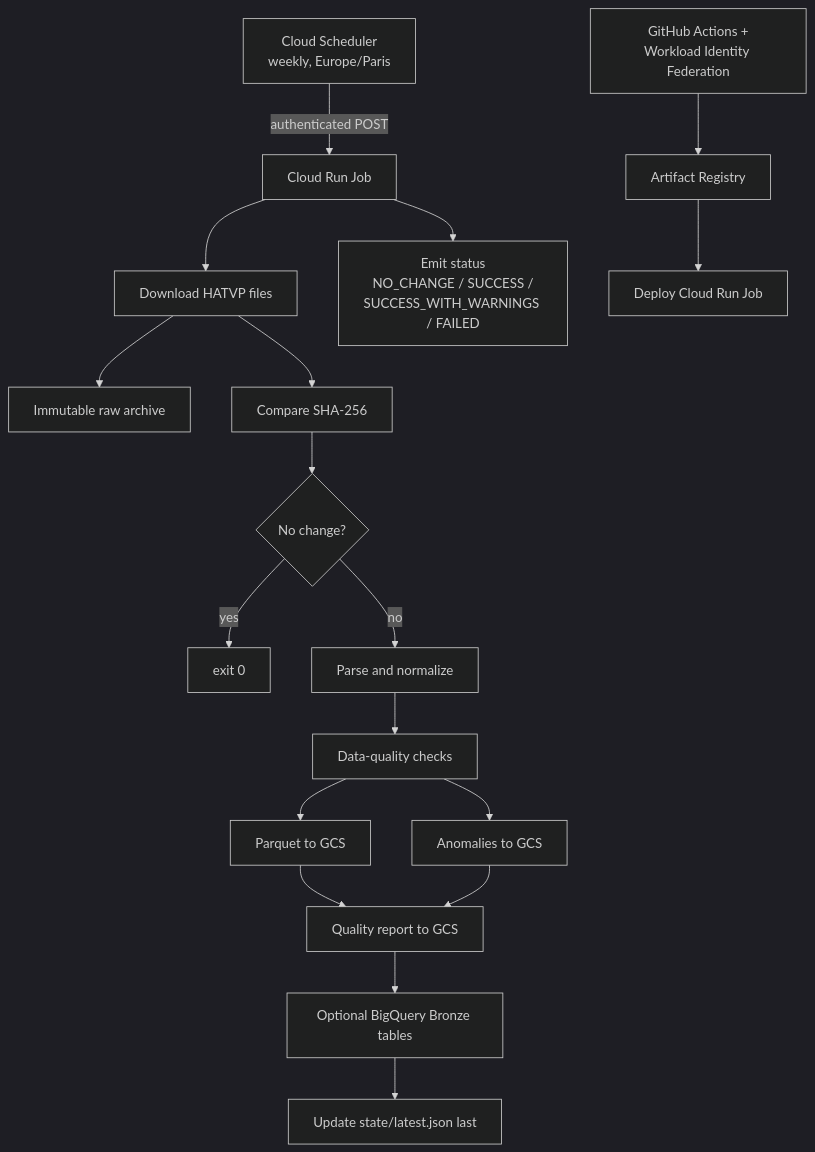
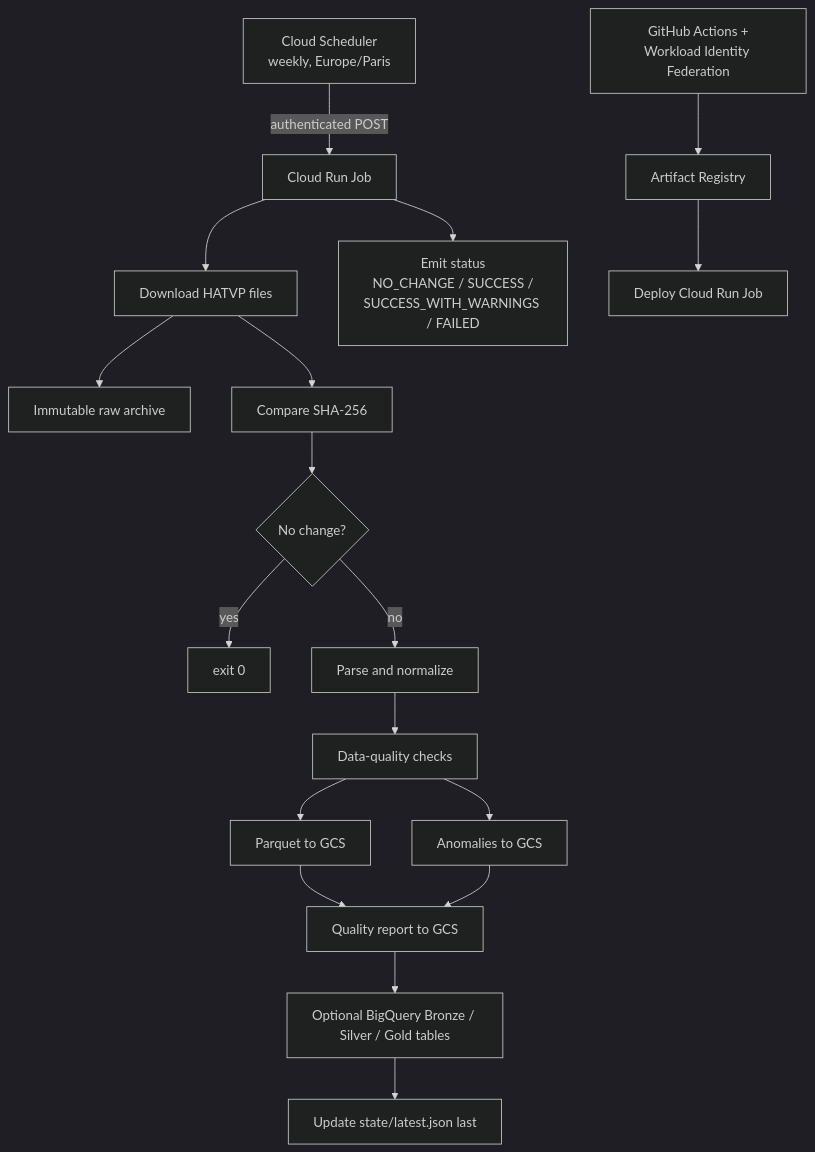
The diagram in README.md (louispaulet/YAHATVP), drawn with Mermaid (dark theme) before and after one commit. The commit also changed other lines of this file and 16 other files, not shown here.

Commit message:
Complete Silver Gold anomaly pipeline

````diff
--- a/README.md
+++ b/README.md
@@ -27,38 +27,38 @@
 ```mermaid
 flowchart TB
     scheduler["Cloud Scheduler<br/>weekly, Europe/Paris"]
     job["Cloud Run Job"]
     download["Download HATVP files"]
     raw["Immutable raw archive"]
     hashes["Compare SHA-256"]
     unchanged{"No change?"}
     exit["exit 0"]
     parse["Parse and normalize"]
     quality["Data-quality checks"]
     parquet["Parquet to GCS"]
     anomalies["Anomalies to GCS"]
     report["Quality report to GCS"]
-    bigquery["Optional BigQuery Bronze tables"]
+    bigquery["Optional BigQuery Bronze / Silver / Gold tables"]
     state["Update state/latest.json last"]
     status["Emit status<br/>NO_CHANGE / SUCCESS /<br/>SUCCESS_WITH_WARNINGS / FAILED"]
     github["GitHub Actions +<br/>Workload Identity Federation"]
     registry["Artifact Registry"]
     deploy["Deploy Cloud Run Job"]
 
     scheduler -->|authenticated POST| job
     job --> download
     job --> status
     download --> raw
     download --> hashes
     hashes --> unchanged
     unchanged -->|yes| exit
     unchanged -->|no| parse
     parse --> quality
     quality --> parquet
     quality --> anomalies
     parquet --> report
     anomalies --> report
     report --> bigquery
     bigquery --> state
     github --> registry --> deploy
 ```
````
